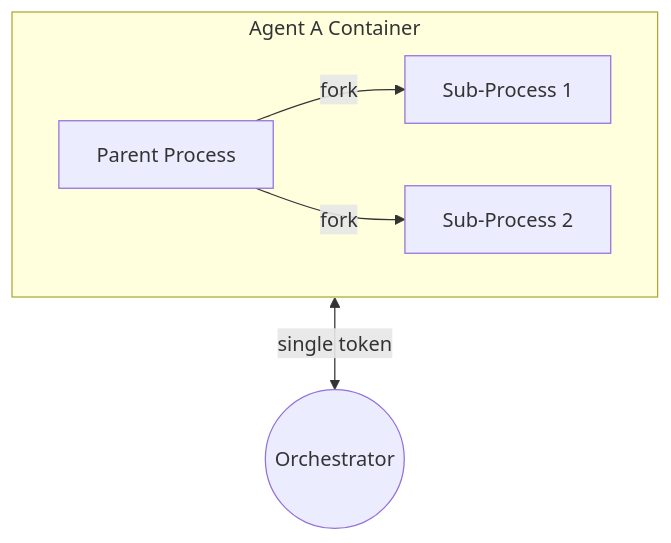
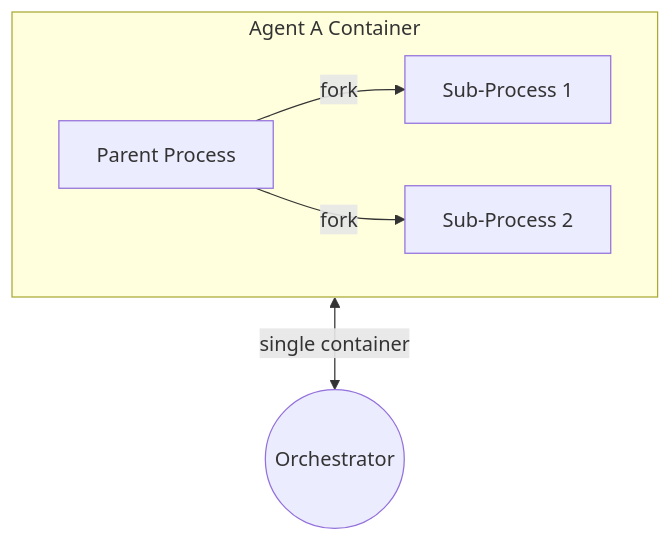
Before and after one commit to neverprepared/ink-bunny: the third of 3 diagrams in docs/persona_agentic/PHASE_1/arch-orchestration.md, drawn with Mermaid. The commit also changed other lines of this file and 17 other files, not shown here.

````diff
--- a/docs/persona_agentic/PHASE_1/arch-orchestration.md
+++ b/docs/persona_agentic/PHASE_1/arch-orchestration.md
@@ -96,14 +66,14 @@
 ```mermaid
 graph TD
     subgraph Container["Agent A Container"]
         Parent[Parent Process]
         Child1[Sub-Process 1]
         Child2[Sub-Process 2]
 
         Parent -->|fork| Child1
         Parent -->|fork| Child2
     end
 
     Orch((Orchestrator))
-    Container <-->|"single token"| Orch
+    Container <-->|"single container"| Orch
 ```
````
